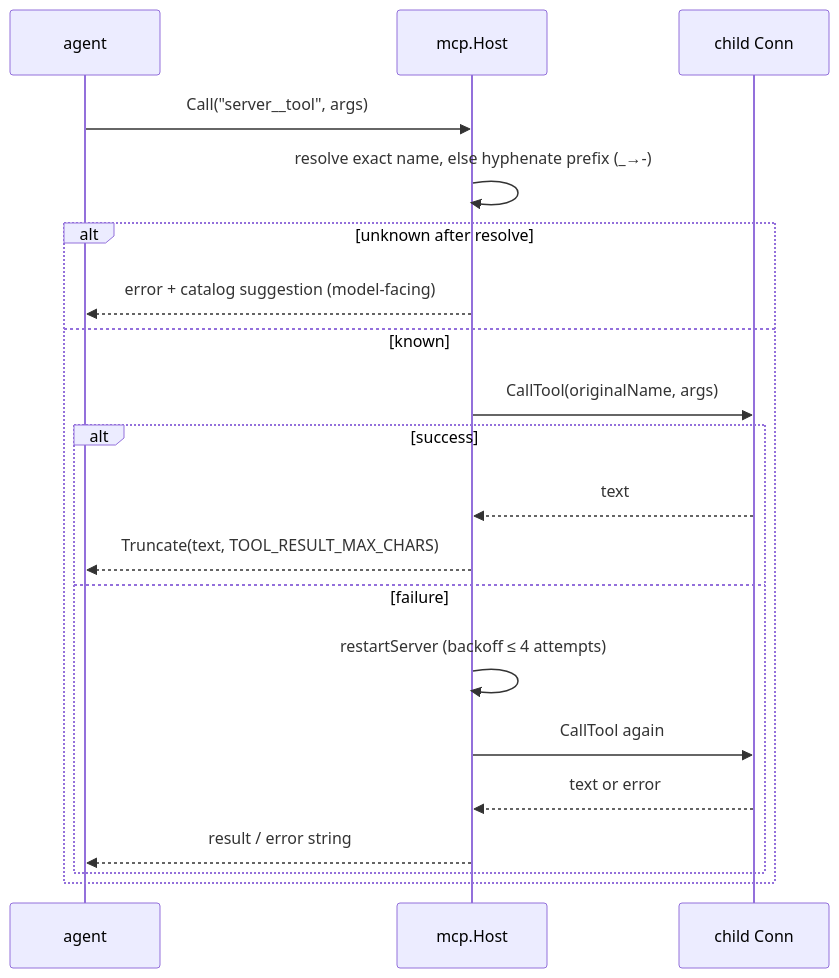
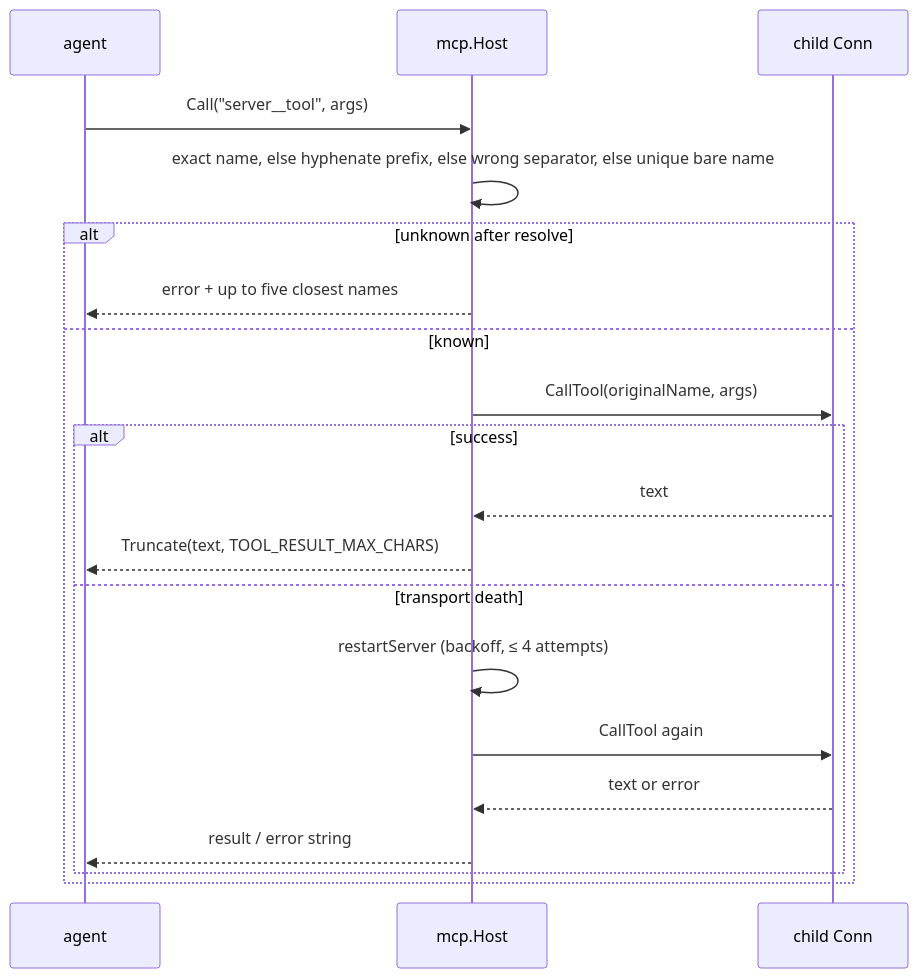
One commit to shotah/ai-george changed the fifth of 5 diagrams in docs/architecture.md. Above: the diagram before and after it, drawn with Mermaid. The commit also changed other lines of this file and 54 other files, not shown here.

````diff
--- a/docs/architecture.md
+++ b/docs/architecture.md
@@ -174,23 +216,23 @@
 ```mermaid
 sequenceDiagram
   participant A as agent
   participant H as mcp.Host
   participant C as child Conn
 
   A->>H: Call("server__tool", args)
-  H->>H: resolve exact name, else hyphenate prefix (_→-)
+  H->>H: exact name, else hyphenate prefix, else wrong separator, else unique bare name
   alt unknown after resolve
-    H-->>A: error + catalog suggestion (model-facing)
+    H-->>A: error + up to five closest names
   else known
     H->>C: CallTool(originalName, args)
     alt success
       C-->>H: text
       H-->>A: Truncate(text, TOOL_RESULT_MAX_CHARS)
-    else failure
-      H->>H: restartServer (backoff ≤ 4 attempts)
+    else transport death
+      H->>H: restartServer (backoff, ≤ 4 attempts)
       H->>C: CallTool again
       C-->>H: text or error
       H-->>A: result / error string
     end
   end
 ```
````
